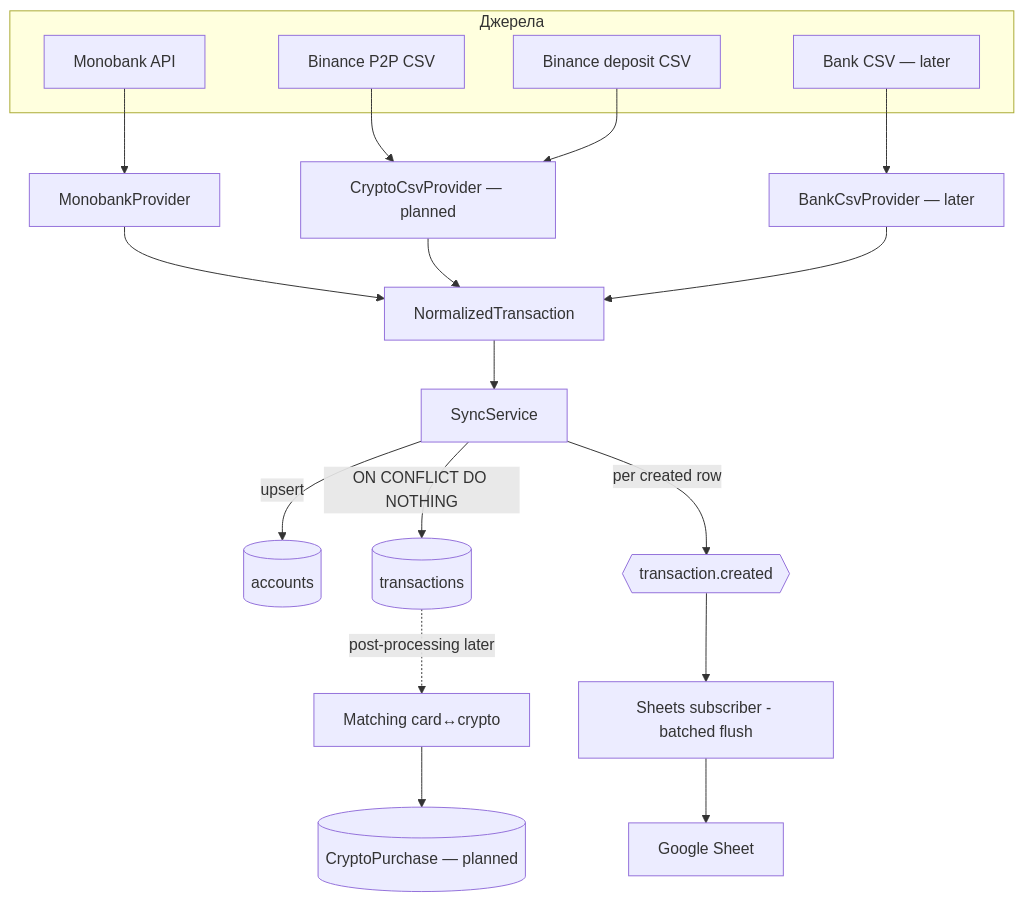
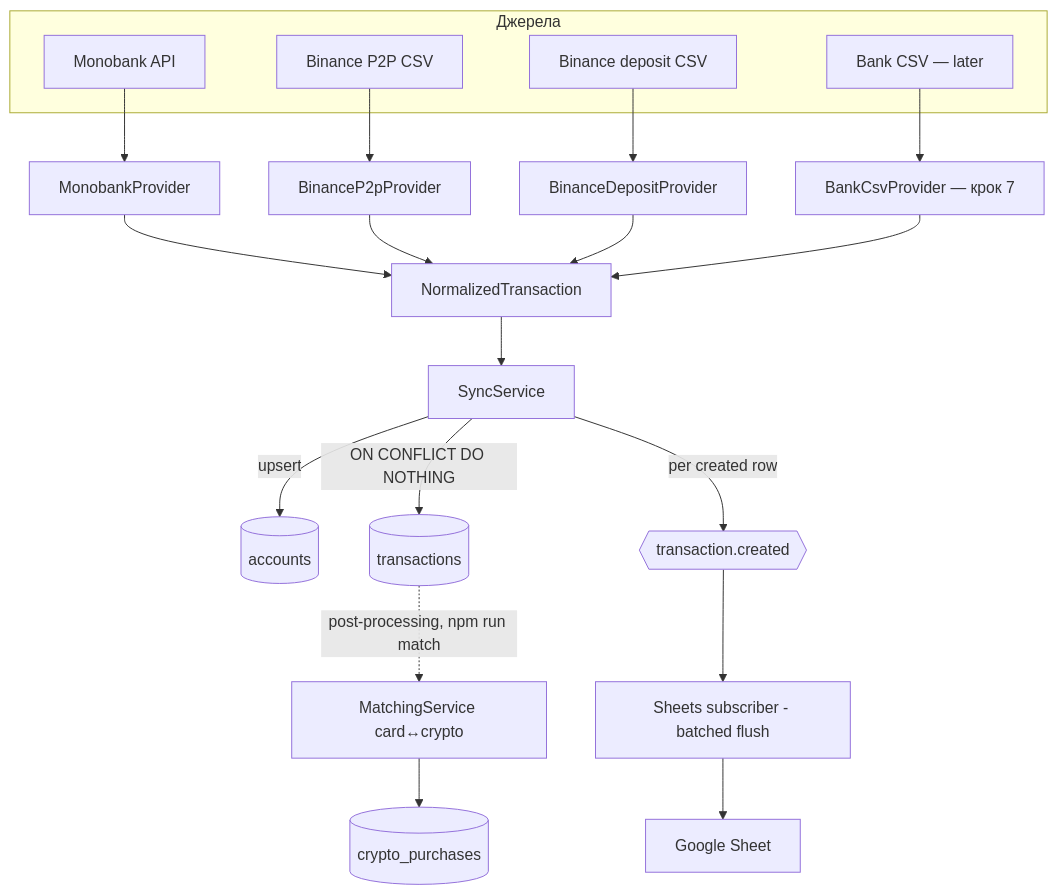
One commit to MoloZzz/bank-transactions-list changed the diagram in transaction-analytics/Architecture/Architecture Overview.md. Above: the diagram before and after it, drawn with Mermaid. The commit also changed other lines of this file and 48 other files, not shown here.

````diff
--- a/transaction-analytics/Architecture/Architecture Overview.md
+++ b/transaction-analytics/Architecture/Architecture Overview.md
@@ -8,28 +11,29 @@
 ```mermaid
 flowchart TD
     subgraph Sources[Джерела]
       MB[Monobank API]
       P2P[Binance P2P CSV]
       DEP[Binance deposit CSV]
       BANK[Bank CSV — later]
     end
 
     MB --> MP[MonobankProvider]
-    P2P --> CP[CryptoCsvProvider — planned]
-    DEP --> CP
-    BANK --> BP[BankCsvProvider — later]
+    P2P --> PP[BinanceP2pProvider]
+    DEP --> DP[BinanceDepositProvider]
+    BANK --> BP[BankCsvProvider — крок 7]
 
     MP --> N[NormalizedTransaction]
-    CP --> N
+    PP --> N
+    DP --> N
     BP --> N
 
     N --> SYNC[SyncService]
     SYNC -->|upsert| ACC[(accounts)]
     SYNC -->|ON CONFLICT DO NOTHING| TX[(transactions)]
     SYNC -->|per created row| EV{{transaction.created}}
     EV --> SHEET[Sheets subscriber - batched flush]
     SHEET --> GS[Google Sheet]
 
-    TX -.->|post-processing later| MATCH[Matching card↔crypto]
-    MATCH --> CPUR[(CryptoPurchase — planned)]
+    TX -.->|post-processing, npm run match| MATCH[MatchingService card↔crypto]
+    MATCH --> CPUR[(crypto_purchases)]
 ```
````
